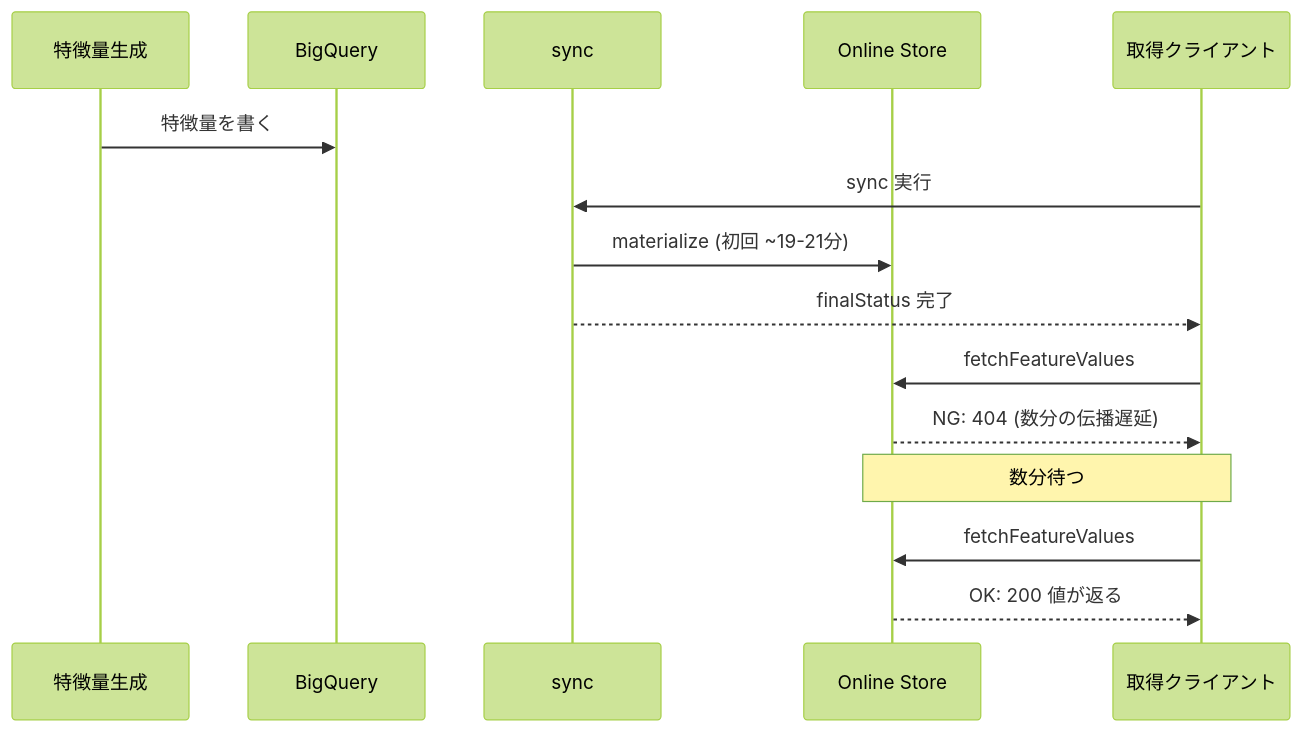
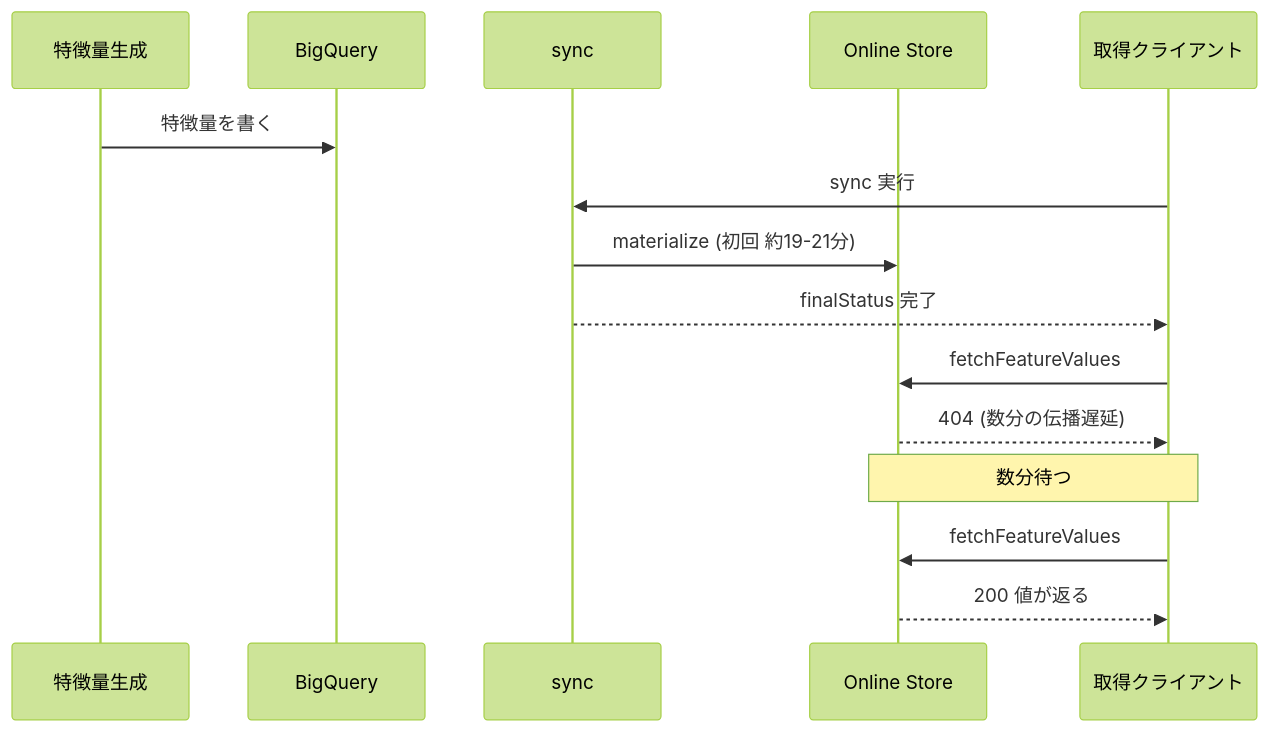
The tenth of 10 diagrams in docs/Feature-store入門.md (kurosawa-kuro/study-gcp-feature-store), drawn with Mermaid (forest theme) before and after one commit. The commit also changed other lines of this file and 6 other files, not shown here.

````diff
--- a/docs/Feature-store入門.md
+++ b/docs/Feature-store入門.md
@@ -264,17 +261,17 @@
 ```mermaid
 sequenceDiagram
     participant FE as 特徴量生成
     participant BQ as BigQuery
     participant S as sync
     participant OS as Online Store
     participant C as 取得クライアント
     FE->>BQ: 特徴量を書く
     C->>S: sync 実行
-    S->>OS: materialize (初回 ~19-21分)
+    S->>OS: materialize (初回 約19-21分)
     S-->>C: finalStatus 完了
     C->>OS: fetchFeatureValues
-    OS-->>C: NG: 404 (数分の伝播遅延)
+    OS-->>C: 404 (数分の伝播遅延)
     Note over C,OS: 数分待つ
     C->>OS: fetchFeatureValues
-    OS-->>C: OK: 200 値が返る
+    OS-->>C: 200 値が返る
 ```
````
